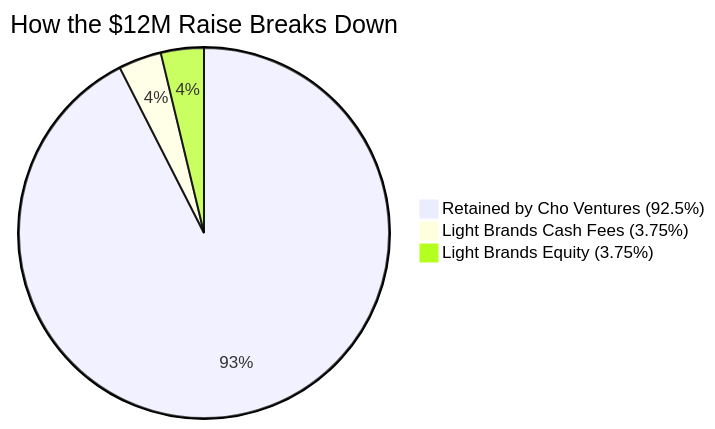
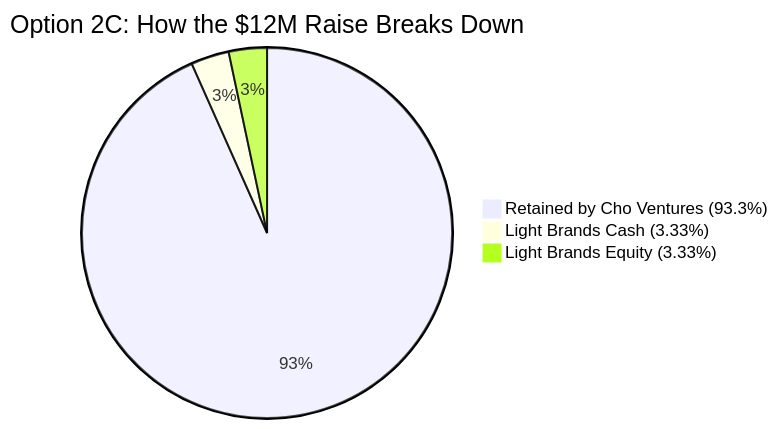
Before and after one commit to Light-Brands/brand-factory: the eighth of 11 diagrams in brands/cho-ventures-ai/spec/CHO-VENTURES-FINAL-PRICING-STRATEGY.md, drawn with Mermaid. The commit also changed other lines of this file and 1 other file, not shown here.

First line of the commit message:
Restructure Option 2 into three payment tiers with Mermaid comparison

````diff
--- a/brands/cho-ventures-ai/spec/CHO-VENTURES-FINAL-PRICING-STRATEGY.md
+++ b/brands/cho-ventures-ai/spec/CHO-VENTURES-FINAL-PRICING-STRATEGY.md
@@ -631,6 +683,6 @@
 ```mermaid
-pie title How the $12M Raise Breaks Down
-    "Retained by Cho Ventures (92.5%)" : 92.5
-    "Light Brands Cash Fees (3.75%)" : 3.75
-    "Light Brands Equity (3.75%)" : 3.75
+pie title Option 2C: How the $12M Raise Breaks Down
+    "Retained by Cho Ventures (93.3%)" : 93.3
+    "Light Brands Cash (3.33%)" : 3.33
+    "Light Brands Equity (3.33%)" : 3.33
 ```
````
